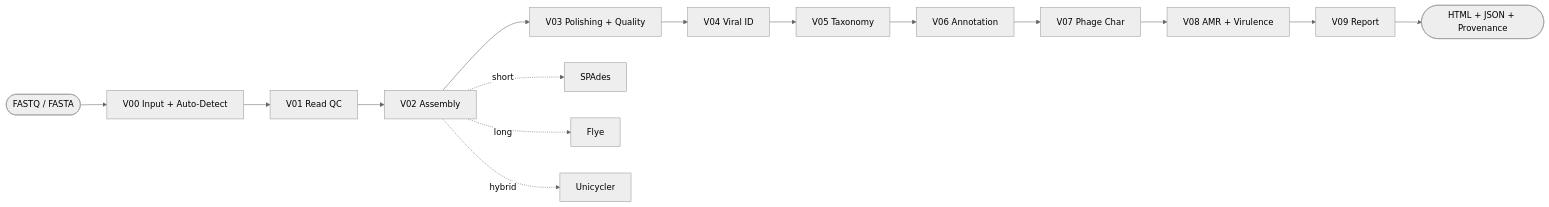
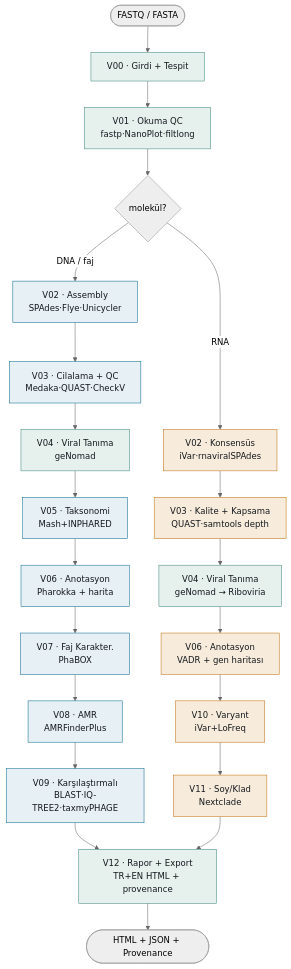
Before and after one commit to aliarslan47/VirusForge: the diagram in README.md, drawn with Mermaid (neutral theme). The commit also changed other lines of this file, not shown here.

Commit message:
docs(README): pipeline mermaid şemasını + modül tablosunu güncel mimariye çevir (DNA/RNA dallanma, V00→V12, renumber sonrası); M2-B RNA tamam, 181 test, badge'ler

````diff
--- a/README.md
+++ b/README.md
@@ -31,18 +35,33 @@
 ```mermaid
-flowchart LR
-    IN([FASTQ / FASTA]) --> V00[V00 Input + Auto-Detect]
-    V00 --> V01[V01 Read QC]
-    V01 --> V02[V02 Assembly]
-    V02 --> V03[V03 Polishing + Quality]
-    V03 --> V04[V04 Viral ID]
-    V04 --> V05[V05 Taxonomy]
-    V05 --> V06[V06 Annotation]
-    V06 --> V07[V07 Phage Char]
-    V07 --> V08[V08 AMR + Virulence]
-    V08 --> V09[V09 Report]
-    V09 --> OUT([HTML + JSON + Provenance])
+flowchart TB
+    IN([FASTQ / FASTA]) --> V00[V00 · Girdi + Tespit]
+    V00 --> V01[V01 · Okuma QC<br/>fastp·NanoPlot·filtlong]
+    V01 --> MOL{molekül?}
 
-    V02 -. short .-> SP[SPAdes]
-    V02 -. long .-> FL[Flye]
-    V02 -. hybrid .-> UC[Unicycler]
+    MOL -->|DNA / faj| D02[V02 · Assembly<br/>SPAdes·Flye·Unicycler]
+    D02 --> D03[V03 · Cilalama + QC<br/>Medaka·QUAST·CheckV]
+    D03 --> D04[V04 · Viral Tanıma<br/>geNomad]
+    D04 --> D05[V05 · Taksonomi<br/>Mash+INPHARED]
+    D05 --> D06[V06 · Anotasyon<br/>Pharokka + harita]
+    D06 --> D07[V07 · Faj Karakter.<br/>PhaBOX]
+    D07 --> D08[V08 · AMR<br/>AMRFinderPlus]
+    D08 --> D09[V09 · Karşılaştırmalı<br/>BLAST·IQ-TREE2·taxmyPHAGE]
+    D09 --> V12
+
+    MOL -->|RNA| R02[V02 · Konsensüs<br/>iVar·rnaviralSPAdes]
+    R02 --> R03[V03 · Kalite + Kapsama<br/>QUAST·samtools depth]
+    R03 --> R04[V04 · Viral Tanıma<br/>geNomad → Riboviria]
+    R04 --> R06[V06 · Anotasyon<br/>VADR + gen haritası]
+    R06 --> R10[V10 · Varyant<br/>iVar+LoFreq]
+    R10 --> R11[V11 · Soy/Klad<br/>Nextclade]
+    R11 --> V12
+
+    V12[V12 · Rapor + Export<br/>TR+EN HTML + provenance] --> OUT([HTML + JSON + Provenance])
+
+    classDef dna fill:#e7f0f5,stroke:#0d6b8f,color:#14181d;
+    classDef rna fill:#f7ecdb,stroke:#c07211,color:#14181d;
+    classDef sh  fill:#e6f0ed,stroke:#3f8a7d,color:#14181d;
+    class D02,D03,D05,D06,D07,D08,D09 dna;
+    class R02,R03,R06,R10,R11 rna;
+    class V00,V01,D04,R04,V12 sh;
 ```
````
